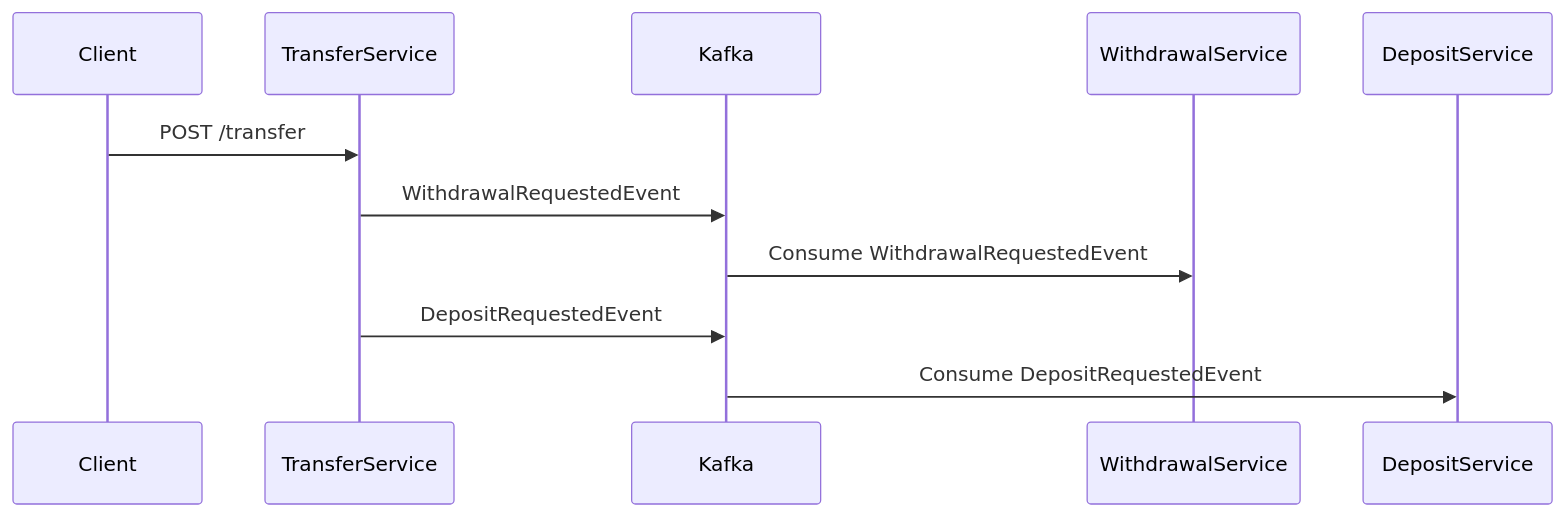
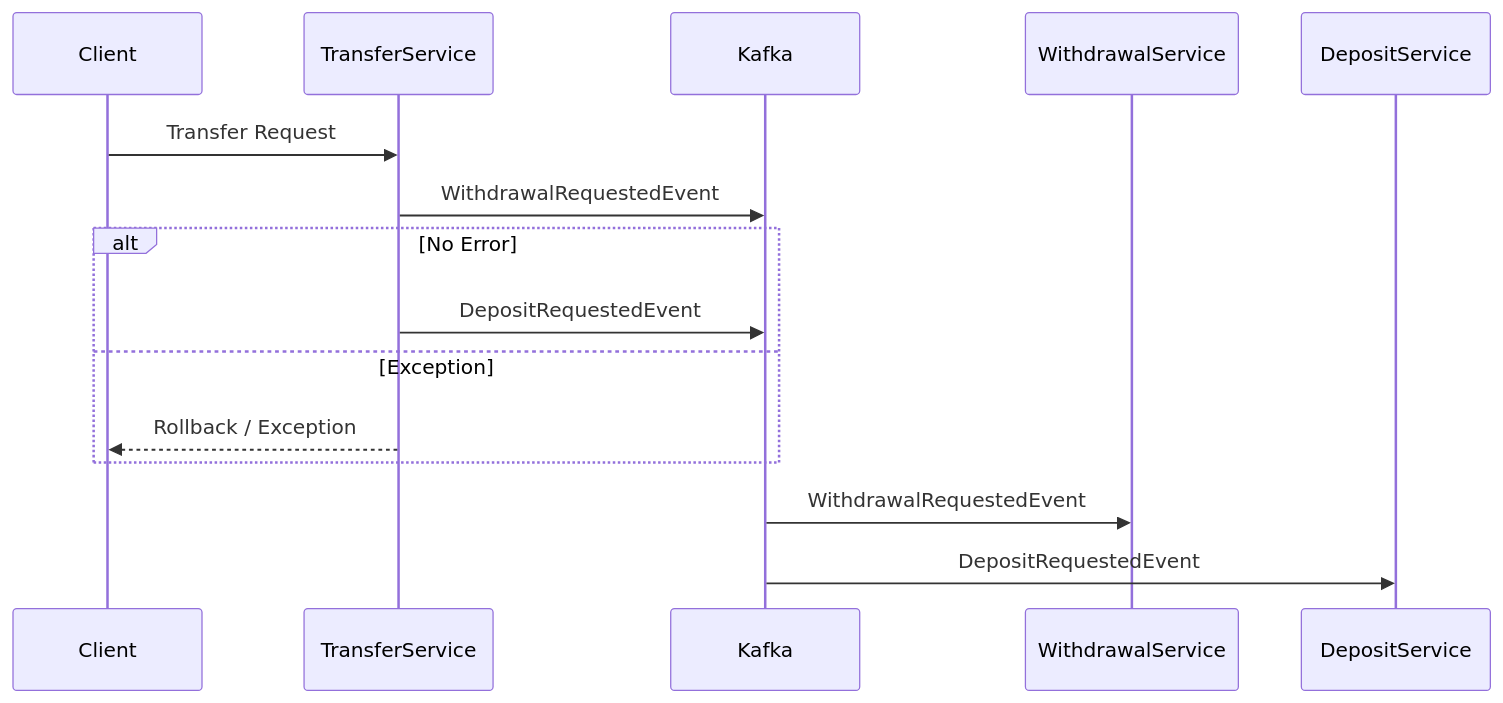
Before and after one commit to mariamgaber/kafka-transactions-demo: the diagram in README.md, drawn with Mermaid.

Commit message:
Enhance sequence diagram with error handling
Updated sequence diagram to include error handling for transfer requests.

````diff
--- a/README.md
+++ b/README.md
@@ -58,16 +57,21 @@
 ```mermaid
 sequenceDiagram
     participant Client
     participant TransferService
     participant Kafka
     participant WithdrawalService
     participant DepositService
 
-    Client->>TransferService: POST /transfer
+    Client->>TransferService: Transfer Request
 
     TransferService->>Kafka: WithdrawalRequestedEvent
-    Kafka->>WithdrawalService: Consume WithdrawalRequestedEvent
 
-    TransferService->>Kafka: DepositRequestedEvent
-    Kafka->>DepositService: Consume DepositRequestedEvent
+    alt No Error
+        TransferService->>Kafka: DepositRequestedEvent
+    else Exception
+        TransferService-->>Client: Rollback / Exception
+    end
+
+    Kafka->>WithdrawalService: WithdrawalRequestedEvent
+    Kafka->>DepositService: DepositRequestedEvent
 ```
````
